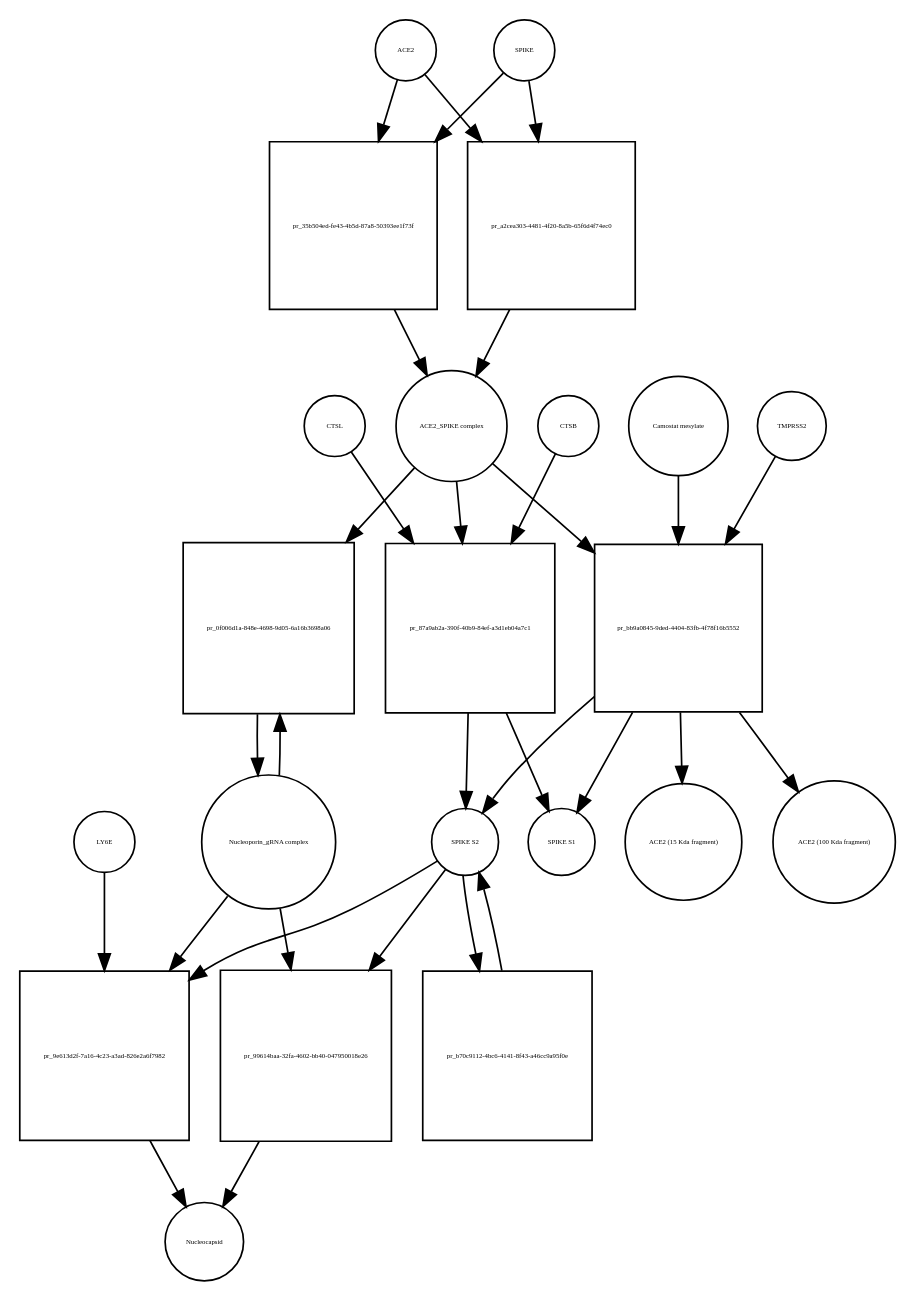
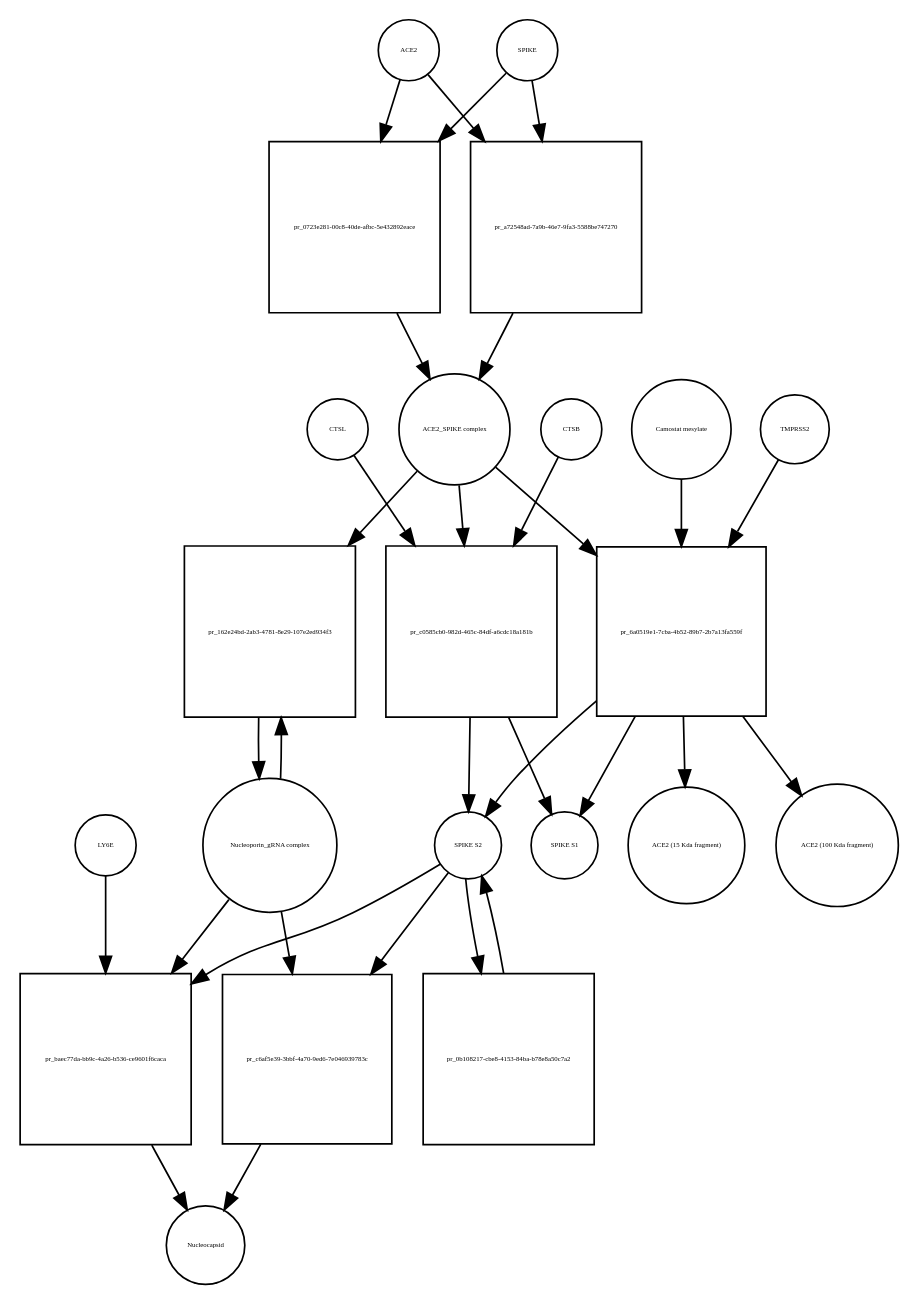
The diagram in Virus_replication_cycle_V02.xml_bipartite.dot (cannin/covid19-sbgn), drawn with Graphviz before and after one commit. The commit also changed 531 other files, not shown here.

```diff
--- a/Virus_replication_cycle_V02.xml_bipartite.dot
+++ b/Virus_replication_cycle_V02.xml_bipartite.dot
@@ -1,54 +1,54 @@
 strict digraph  {
 ACE2 [annotation="", bipartite=0, cls=macromolecule, fontsize=4, label=ACE2, shape=circle];
-"pr_35b504ed-fe43-4b5d-87a8-50393ee1f73f" [annotation="", bipartite=1, cls=process, fontsize=4, label="pr_35b504ed-fe43-4b5d-87a8-50393ee1f73f", shape=square];
+"pr_0723e281-00c8-40de-afbc-5e432892eace" [annotation="", bipartite=1, cls=process, fontsize=4, label="pr_0723e281-00c8-40de-afbc-5e432892eace", shape=square];
 "ACE2_SPIKE complex" [annotation="", bipartite=0, cls=complex, fontsize=4, label="ACE2_SPIKE complex", shape=circle];
 SPIKE [annotation="", bipartite=0, cls="macromolecule multimer", fontsize=4, label=SPIKE, shape=circle];
 "Nucleoporin_gRNA complex " [annotation="", bipartite=0, cls=complex, fontsize=4, label="Nucleoporin_gRNA complex ", shape=circle];
-"pr_0f006d1a-848e-4698-9d05-6a16b3698a06" [annotation="", bipartite=1, cls=process, fontsize=4, label="pr_0f006d1a-848e-4698-9d05-6a16b3698a06", shape=square];
-"pr_87a9ab2a-390f-40b9-84ef-a3d1eb04a7c1" [annotation="", bipartite=1, cls=process, fontsize=4, label="pr_87a9ab2a-390f-40b9-84ef-a3d1eb04a7c1", shape=square];
+"pr_162e24bd-2ab3-4781-8e29-107e2ed934f3" [annotation="", bipartite=1, cls=process, fontsize=4, label="pr_162e24bd-2ab3-4781-8e29-107e2ed934f3", shape=square];
+"pr_c0585cb0-982d-465c-84df-a6cdc18a181b" [annotation="", bipartite=1, cls=process, fontsize=4, label="pr_c0585cb0-982d-465c-84df-a6cdc18a181b", shape=square];
 "SPIKE S2" [annotation="", bipartite=0, cls=macromolecule, fontsize=4, label="SPIKE S2", shape=circle];
 CTSB [annotation="", bipartite=0, cls=macromolecule, fontsize=4, label=CTSB, shape=circle];
 CTSL [annotation="", bipartite=0, cls=macromolecule, fontsize=4, label=CTSL, shape=circle];
 "SPIKE S1" [annotation="", bipartite=0, cls=macromolecule, fontsize=4, label="SPIKE S1", shape=circle];
-"pr_bb9a0845-9ded-4404-83fb-4f78f16b5552" [annotation="", bipartite=1, cls=process, fontsize=4, label="pr_bb9a0845-9ded-4404-83fb-4f78f16b5552", shape=square];
+"pr_6a0519e1-7cba-4b52-89b7-2b7a13fa559f" [annotation="", bipartite=1, cls=process, fontsize=4, label="pr_6a0519e1-7cba-4b52-89b7-2b7a13fa559f", shape=square];
 TMPRSS2 [annotation="", bipartite=0, cls=macromolecule, fontsize=4, label=TMPRSS2, shape=circle];
 "Camostat mesylate" [annotation="urn_miriam_pubchem.compound_2536", bipartite=0, cls="simple chemical", fontsize=4, label="Camostat mesylate", shape=circle];
 "ACE2 (15 Kda fragment)" [annotation="", bipartite=0, cls=macromolecule, fontsize=4, label="ACE2 (15 Kda fragment)", shape=circle];
 "ACE2 (100 Kda fragment)" [annotation="", bipartite=0, cls=macromolecule, fontsize=4, label="ACE2 (100 Kda fragment)", shape=circle];
-"pr_a2cea303-4481-4f20-8a5b-65f6d4f74ec0" [annotation="", bipartite=1, cls=process, fontsize=4, label="pr_a2cea303-4481-4f20-8a5b-65f6d4f74ec0", shape=square];
-"pr_9e613d2f-7a16-4c23-a3ad-826e2a6f7982" [annotation="", bipartite=1, cls=process, fontsize=4, label="pr_9e613d2f-7a16-4c23-a3ad-826e2a6f7982", shape=square];
+"pr_a72548ad-7a9b-46e7-9fa3-5588be747270" [annotation="", bipartite=1, cls=process, fontsize=4, label="pr_a72548ad-7a9b-46e7-9fa3-5588be747270", shape=square];
+"pr_baec77da-bb9c-4a26-b536-ce9601f6caca" [annotation="", bipartite=1, cls=process, fontsize=4, label="pr_baec77da-bb9c-4a26-b536-ce9601f6caca", shape=square];
 Nucleocapsid [annotation="", bipartite=0, cls=complex, fontsize=4, label=Nucleocapsid, shape=circle];
 LY6E [annotation="", bipartite=0, cls=macromolecule, fontsize=4, label=LY6E, shape=circle];
-"pr_b70c9112-4bc6-4141-8f43-a46cc9a95f0e" [annotation="", bipartite=1, cls=process, fontsize=4, label="pr_b70c9112-4bc6-4141-8f43-a46cc9a95f0e", shape=square];
-"pr_99614baa-32fa-4602-bb40-047950018e26" [annotation="", bipartite=1, cls=process, fontsize=4, label="pr_99614baa-32fa-4602-bb40-047950018e26", shape=square];
-ACE2 -> "pr_35b504ed-fe43-4b5d-87a8-50393ee1f73f"  [annotation="", interaction_type=consumption];
-ACE2 -> "pr_a2cea303-4481-4f20-8a5b-65f6d4f74ec0"  [annotation="", interaction_type=consumption];
-"pr_35b504ed-fe43-4b5d-87a8-50393ee1f73f" -> "ACE2_SPIKE complex"  [annotation="", interaction_type=production];
-"ACE2_SPIKE complex" -> "pr_0f006d1a-848e-4698-9d05-6a16b3698a06"  [annotation="urn_miriam_pubmed_32142651|urn_miriam_pubmed_32094589", interaction_type=stimulation];
-"ACE2_SPIKE complex" -> "pr_87a9ab2a-390f-40b9-84ef-a3d1eb04a7c1"  [annotation="", interaction_type=consumption];
-"ACE2_SPIKE complex" -> "pr_bb9a0845-9ded-4404-83fb-4f78f16b5552"  [annotation="", interaction_type=consumption];
-SPIKE -> "pr_35b504ed-fe43-4b5d-87a8-50393ee1f73f"  [annotation="", interaction_type=consumption];
-SPIKE -> "pr_a2cea303-4481-4f20-8a5b-65f6d4f74ec0"  [annotation="", interaction_type=consumption];
-"Nucleoporin_gRNA complex " -> "pr_0f006d1a-848e-4698-9d05-6a16b3698a06"  [annotation="", interaction_type=consumption];
-"Nucleoporin_gRNA complex " -> "pr_9e613d2f-7a16-4c23-a3ad-826e2a6f7982"  [annotation="", interaction_type=consumption];
-"Nucleoporin_gRNA complex " -> "pr_99614baa-32fa-4602-bb40-047950018e26"  [annotation="", interaction_type=consumption];
-"pr_0f006d1a-848e-4698-9d05-6a16b3698a06" -> "Nucleoporin_gRNA complex "  [annotation="", interaction_type=production];
-"pr_87a9ab2a-390f-40b9-84ef-a3d1eb04a7c1" -> "SPIKE S2"  [annotation="", interaction_type=production];
-"pr_87a9ab2a-390f-40b9-84ef-a3d1eb04a7c1" -> "SPIKE S1"  [annotation="", interaction_type=production];
-"SPIKE S2" -> "pr_9e613d2f-7a16-4c23-a3ad-826e2a6f7982"  [annotation="urn_miriam_doi_10.1101%2F2020.03.05.979260|urn_miriam_doi_10.1101%2F2020.04.02.021469", interaction_type=stimulation];
-"SPIKE S2" -> "pr_b70c9112-4bc6-4141-8f43-a46cc9a95f0e"  [annotation="", interaction_type=consumption];
-"SPIKE S2" -> "pr_99614baa-32fa-4602-bb40-047950018e26"  [annotation="", interaction_type=stimulation];
-CTSB -> "pr_87a9ab2a-390f-40b9-84ef-a3d1eb04a7c1"  [annotation=urn_miriam_pubmed_32142651, interaction_type=catalysis];
-CTSL -> "pr_87a9ab2a-390f-40b9-84ef-a3d1eb04a7c1"  [annotation=urn_miriam_pubmed_32142651, interaction_type=catalysis];
-"pr_bb9a0845-9ded-4404-83fb-4f78f16b5552" -> "SPIKE S2"  [annotation="", interaction_type=production];
-"pr_bb9a0845-9ded-4404-83fb-4f78f16b5552" -> "SPIKE S1"  [annotation="", interaction_type=production];
-"pr_bb9a0845-9ded-4404-83fb-4f78f16b5552" -> "ACE2 (15 Kda fragment)"  [annotation="", interaction_type=production];
-"pr_bb9a0845-9ded-4404-83fb-4f78f16b5552" -> "ACE2 (100 Kda fragment)"  [annotation="", interaction_type=production];
-TMPRSS2 -> "pr_bb9a0845-9ded-4404-83fb-4f78f16b5552"  [annotation="urn_miriam_pubmed_32142651|urn_miriam_pubmed_32094589|urn_miriam_pubmed_24227843", interaction_type=catalysis];
-"Camostat mesylate" -> "pr_bb9a0845-9ded-4404-83fb-4f78f16b5552"  [annotation="urn_miriam_pubmed_32142651|urn_miriam_pubmed_32094589|urn_miriam_pubmed_24227843", interaction_type=inhibition];
-"pr_a2cea303-4481-4f20-8a5b-65f6d4f74ec0" -> "ACE2_SPIKE complex"  [annotation="", interaction_type=production];
-"pr_9e613d2f-7a16-4c23-a3ad-826e2a6f7982" -> Nucleocapsid  [annotation="", interaction_type=production];
-LY6E -> "pr_9e613d2f-7a16-4c23-a3ad-826e2a6f7982"  [annotation="urn_miriam_doi_10.1101%2F2020.03.05.979260|urn_miriam_doi_10.1101%2F2020.04.02.021469", interaction_type=inhibition];
-"pr_b70c9112-4bc6-4141-8f43-a46cc9a95f0e" -> "SPIKE S2"  [annotation="", interaction_type=production];
-"pr_99614baa-32fa-4602-bb40-047950018e26" -> Nucleocapsid  [annotation="", interaction_type=production];
+"pr_0b108217-cbe8-4153-84ba-b78e8a50c7a2" [annotation="", bipartite=1, cls=process, fontsize=4, label="pr_0b108217-cbe8-4153-84ba-b78e8a50c7a2", shape=square];
+"pr_c6af5e39-3bbf-4a70-9ed6-7e046939783c" [annotation="", bipartite=1, cls=process, fontsize=4, label="pr_c6af5e39-3bbf-4a70-9ed6-7e046939783c", shape=square];
+ACE2 -> "pr_0723e281-00c8-40de-afbc-5e432892eace"  [annotation="", interaction_type=consumption];
+ACE2 -> "pr_a72548ad-7a9b-46e7-9fa3-5588be747270"  [annotation="", interaction_type=consumption];
+"pr_0723e281-00c8-40de-afbc-5e432892eace" -> "ACE2_SPIKE complex"  [annotation="", interaction_type=production];
+"ACE2_SPIKE complex" -> "pr_162e24bd-2ab3-4781-8e29-107e2ed934f3"  [annotation="urn_miriam_pubmed_32142651|urn_miriam_pubmed_32094589", interaction_type=stimulation];
+"ACE2_SPIKE complex" -> "pr_c0585cb0-982d-465c-84df-a6cdc18a181b"  [annotation="", interaction_type=consumption];
+"ACE2_SPIKE complex" -> "pr_6a0519e1-7cba-4b52-89b7-2b7a13fa559f"  [annotation="", interaction_type=consumption];
+SPIKE -> "pr_0723e281-00c8-40de-afbc-5e432892eace"  [annotation="", interaction_type=consumption];
+SPIKE -> "pr_a72548ad-7a9b-46e7-9fa3-5588be747270"  [annotation="", interaction_type=consumption];
+"Nucleoporin_gRNA complex " -> "pr_162e24bd-2ab3-4781-8e29-107e2ed934f3"  [annotation="", interaction_type=consumption];
+"Nucleoporin_gRNA complex " -> "pr_baec77da-bb9c-4a26-b536-ce9601f6caca"  [annotation="", interaction_type=consumption];
+"Nucleoporin_gRNA complex " -> "pr_c6af5e39-3bbf-4a70-9ed6-7e046939783c"  [annotation="", interaction_type=consumption];
+"pr_162e24bd-2ab3-4781-8e29-107e2ed934f3" -> "Nucleoporin_gRNA complex "  [annotation="", interaction_type=production];
+"pr_c0585cb0-982d-465c-84df-a6cdc18a181b" -> "SPIKE S2"  [annotation="", interaction_type=production];
+"pr_c0585cb0-982d-465c-84df-a6cdc18a181b" -> "SPIKE S1"  [annotation="", interaction_type=production];
+"SPIKE S2" -> "pr_baec77da-bb9c-4a26-b536-ce9601f6caca"  [annotation="urn_miriam_doi_10.1101%2F2020.03.05.979260|urn_miriam_doi_10.1101%2F2020.04.02.021469", interaction_type=stimulation];
+"SPIKE S2" -> "pr_0b108217-cbe8-4153-84ba-b78e8a50c7a2"  [annotation="", interaction_type=consumption];
+"SPIKE S2" -> "pr_c6af5e39-3bbf-4a70-9ed6-7e046939783c"  [annotation="", interaction_type=stimulation];
+CTSB -> "pr_c0585cb0-982d-465c-84df-a6cdc18a181b"  [annotation=urn_miriam_pubmed_32142651, interaction_type=catalysis];
+CTSL -> "pr_c0585cb0-982d-465c-84df-a6cdc18a181b"  [annotation=urn_miriam_pubmed_32142651, interaction_type=catalysis];
+"pr_6a0519e1-7cba-4b52-89b7-2b7a13fa559f" -> "SPIKE S2"  [annotation="", interaction_type=production];
+"pr_6a0519e1-7cba-4b52-89b7-2b7a13fa559f" -> "SPIKE S1"  [annotation="", interaction_type=production];
+"pr_6a0519e1-7cba-4b52-89b7-2b7a13fa559f" -> "ACE2 (15 Kda fragment)"  [annotation="", interaction_type=production];
+"pr_6a0519e1-7cba-4b52-89b7-2b7a13fa559f" -> "ACE2 (100 Kda fragment)"  [annotation="", interaction_type=production];
+TMPRSS2 -> "pr_6a0519e1-7cba-4b52-89b7-2b7a13fa559f"  [annotation="urn_miriam_pubmed_32142651|urn_miriam_pubmed_32094589|urn_miriam_pubmed_24227843", interaction_type=catalysis];
+"Camostat mesylate" -> "pr_6a0519e1-7cba-4b52-89b7-2b7a13fa559f"  [annotation="urn_miriam_pubmed_32142651|urn_miriam_pubmed_32094589|urn_miriam_pubmed_24227843", interaction_type=inhibition];
+"pr_a72548ad-7a9b-46e7-9fa3-5588be747270" -> "ACE2_SPIKE complex"  [annotation="", interaction_type=production];
+"pr_baec77da-bb9c-4a26-b536-ce9601f6caca" -> Nucleocapsid  [annotation="", interaction_type=production];
+LY6E -> "pr_baec77da-bb9c-4a26-b536-ce9601f6caca"  [annotation="urn_miriam_doi_10.1101%2F2020.03.05.979260|urn_miriam_doi_10.1101%2F2020.04.02.021469", interaction_type=inhibition];
+"pr_0b108217-cbe8-4153-84ba-b78e8a50c7a2" -> "SPIKE S2"  [annotation="", interaction_type=production];
+"pr_c6af5e39-3bbf-4a70-9ed6-7e046939783c" -> Nucleocapsid  [annotation="", interaction_type=production];
 }
```
